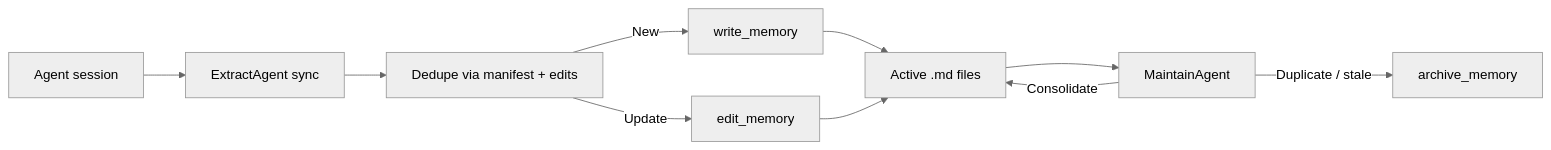
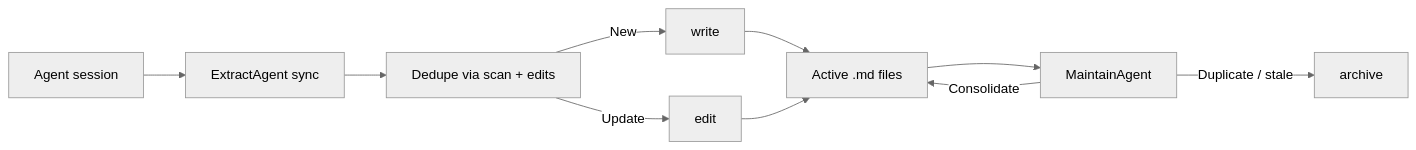
Before and after one commit to lerim-dev/lerim-cli: the diagram in docs/concepts/memory-model.md, drawn with Mermaid (neutral theme). The commit also changed other lines of this file and 18 other files, not shown here.

````diff
--- a/docs/concepts/memory-model.md
+++ b/docs/concepts/memory-model.md
@@ -38,12 +38,12 @@
 ```mermaid
 flowchart LR
     A["Agent session"] --> B["ExtractAgent sync"]
-    B --> C["Dedupe via manifest + edits"]
-    C -->|New| D["write_memory"]
-    C -->|Update| E["edit_memory"]
+    B --> C["Dedupe via scan + edits"]
+    C -->|New| D["write"]
+    C -->|Update| E["edit"]
     D --> F["Active .md files"]
     E --> F
     F --> G["MaintainAgent"]
-    G -->|Duplicate / stale| H["archive_memory"]
+    G -->|Duplicate / stale| H["archive"]
     G -->|Consolidate| F
 ```
````
